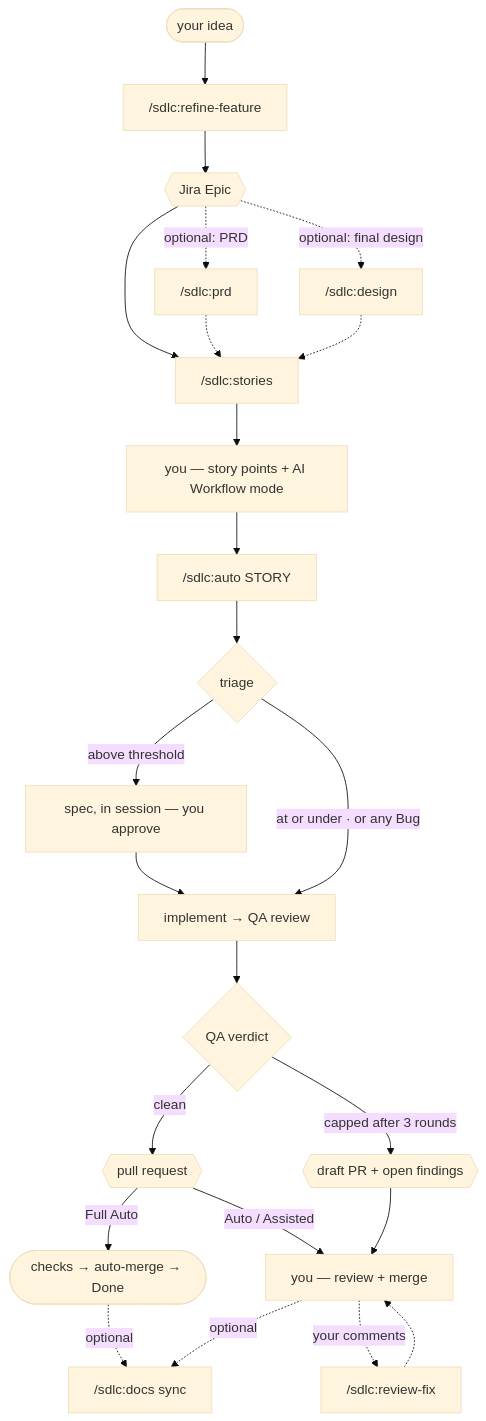
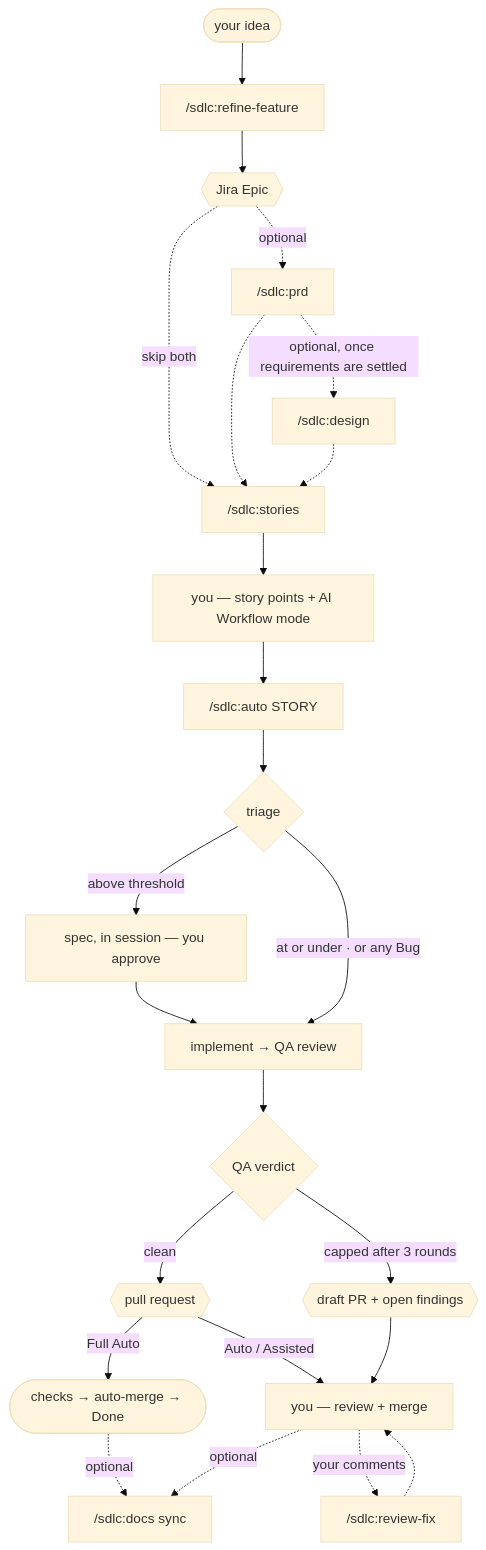
The first of 6 diagrams in README.md (whimzyLive/nightshift-ai), drawn with Mermaid (base theme) before and after one commit.

Commit message:
docs(readme): draw prd before design in the per-feature flow

````diff
--- a/README.md
+++ b/README.md
@@ -87,22 +87,24 @@
 ```mermaid
 flowchart TD
     I(["your idea"]) --> RF["/sdlc:refine-feature"] --> E{{"Jira Epic"}}
-    E --> S["/sdlc:stories"]
-    E -. "optional: PRD" .-> P["/sdlc:prd"] -.-> S
-    E -. "optional: final design" .-> DS["/sdlc:design"] -.-> S
+    E -. "optional" .-> P["/sdlc:prd"]
+    P -. "optional, once requirements are settled" .-> DS["/sdlc:design"]
+    E -. "skip both" .-> S["/sdlc:stories"]
+    P -.-> S
+    DS -.-> S
     S --> R["you — story points + AI Workflow mode"]
     R --> A["/sdlc:auto STORY"]
     A --> T{"triage"}
     T -- "above threshold" --> SP["spec, in session — you approve"]
     SP --> IMPL["implement → QA review"]
     T -- "at or under · or any Bug" --> IMPL
     IMPL --> V{"QA verdict"}
     V -- clean --> PR{{"pull request"}}
     V -- "capped after 3 rounds" --> DPR{{"draft PR + open findings"}}
     PR -- "Full Auto" --> MG(["checks → auto-merge → Done"])
     PR -- "Auto / Assisted" --> CM["you — review + merge"]
     DPR --> CM
     CM -. "your comments" .-> RX["/sdlc:review-fix"] -.-> CM
     MG -. optional .-> DX["/sdlc:docs sync"]
     CM -. optional .-> DX
 ```
````
